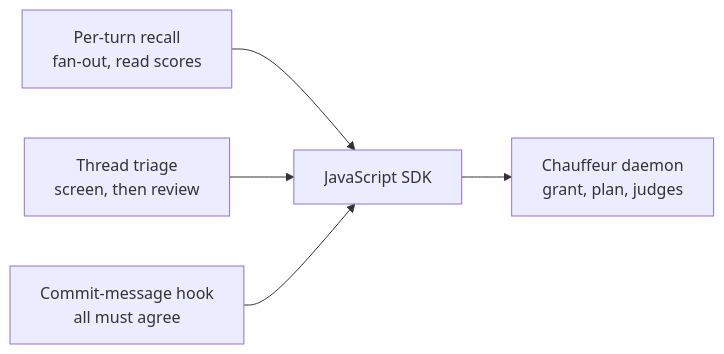
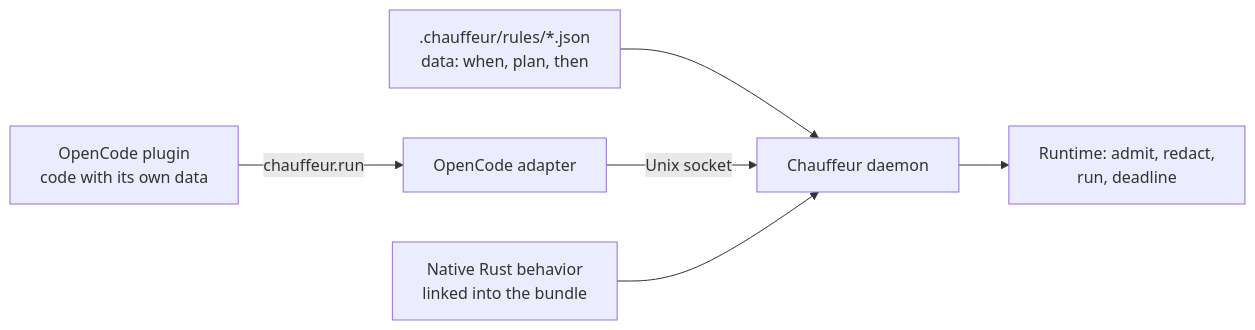
The fourth of 5 diagrams in docs/plans/pluggability.md (StevenJPx2/chauffeur), drawn with Mermaid before and after one commit. The commit also changed other lines of this file and 1 other file, not shown here.

First line of the commit message:
docs(plans): rule files in .chauffeur/ and chauffeur.run, without tokens

````diff
--- a/docs/plans/pluggability.md
+++ b/docs/plans/pluggability.md
@@ -210,7 +119,8 @@
 ```mermaid
 flowchart LR
-    Recall["Per-turn recall<br/>fan-out, read scores"] --> Sdk["JavaScript SDK"]
-    Triage["Thread triage<br/>screen, then review"] --> Sdk
-    Hook["Commit-message hook<br/>all must agree"] --> Sdk
-    Sdk --> Chauffeur["Chauffeur daemon<br/>grant, plan, judges"]
+    Rules[".chauffeur/rules/*.json<br/>data: when, plan, then"] --> Daemon
+    Plugin["OpenCode plugin<br/>code with its own data"] -- "chauffeur.run" --> Adapter["OpenCode adapter"]
+    Adapter -- "Unix socket" --> Daemon["Chauffeur daemon"]
+    Native["Native Rust behavior<br/>linked into the bundle"] --> Daemon
+    Daemon --> Runtime["Runtime: admit, redact,<br/>run, deadline"]
 ```
````
